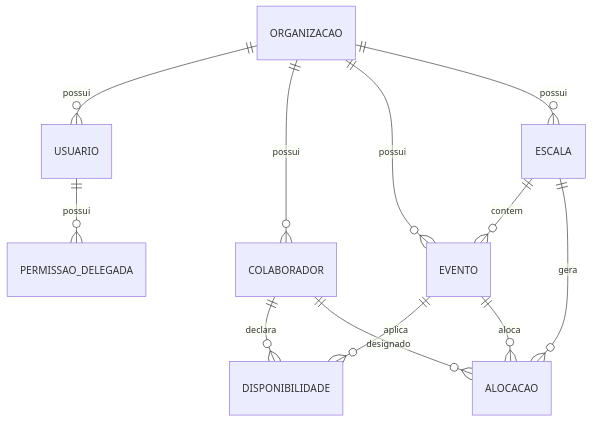
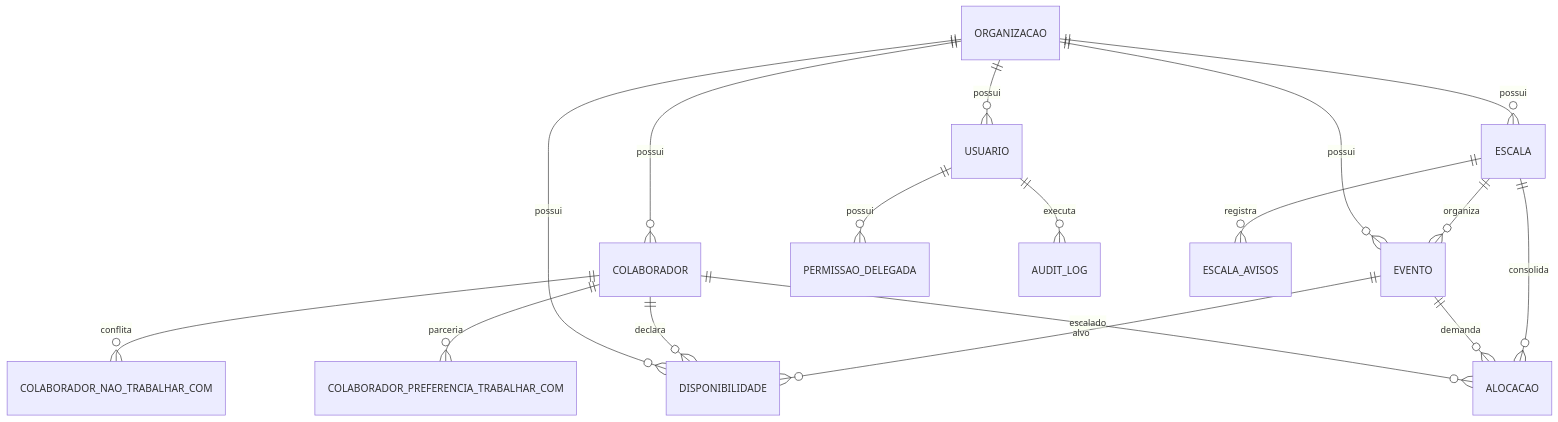
One commit to Gutember-g/GeradorEscalaAutomatico changed the second of 5 diagrams in SPECIFICATION.md. Above: the diagram before and after it, drawn with Mermaid. The commit also changed other lines of this file and 7 other files, not shown here.

````diff
--- a/SPECIFICATION.md
+++ b/SPECIFICATION.md
@@ -82,14 +109,23 @@
 ```mermaid
 erDiagram
-    ORGANIZACAO ||--o{ USUARIO : possui
-    ORGANIZACAO ||--o{ COLABORADOR : possui
-    ORGANIZACAO ||--o{ EVENTO : possui
-    ORGANIZACAO ||--o{ ESCALA : possui
-    COLABORADOR ||--o{ DISPONIBILIDADE : declara
-    EVENTO ||--o{ DISPONIBILIDADE : aplica
-    ESCALA ||--o{ EVENTO : contem
-    ESCALA ||--o{ ALOCACAO : gera
-    EVENTO ||--o{ ALOCACAO : aloca
-    COLABORADOR ||--o{ ALOCACAO : designado
-    USUARIO ||--o{ PERMISSAO_DELEGADA : possui
+    ORGANIZACAO ||--o{ USUARIO : "possui"
+    ORGANIZACAO ||--o{ COLABORADOR : "possui"
+    ORGANIZACAO ||--o{ EVENTO : "possui"
+    ORGANIZACAO ||--o{ ESCALA : "possui"
+    ORGANIZACAO ||--o{ DISPONIBILIDADE : "possui"
+    
+    USUARIO ||--o{ PERMISSAO_DELEGADA : "possui"
+    USUARIO ||--o{ AUDIT_LOG : "executa"
+    
+    COLABORADOR ||--o{ COLABORADOR_NAO_TRABALHAR_COM : "conflita"
+    COLABORADOR ||--o{ COLABORADOR_PREFERENCIA_TRABALHAR_COM : "parceria"
+    COLABORADOR ||--o{ DISPONIBILIDADE : "declara"
+    COLABORADOR ||--o{ ALOCACAO : "escalado"
+    
+    EVENTO ||--o{ DISPONIBILIDADE : "alvo"
+    EVENTO ||--o{ ALOCACAO : "demanda"
+    
+    ESCALA ||--o{ EVENTO : "organiza"
+    ESCALA ||--o{ ALOCACAO : "consolida"
+    ESCALA ||--o{ ESCALA_AVISOS : "registra"
 ```
````
